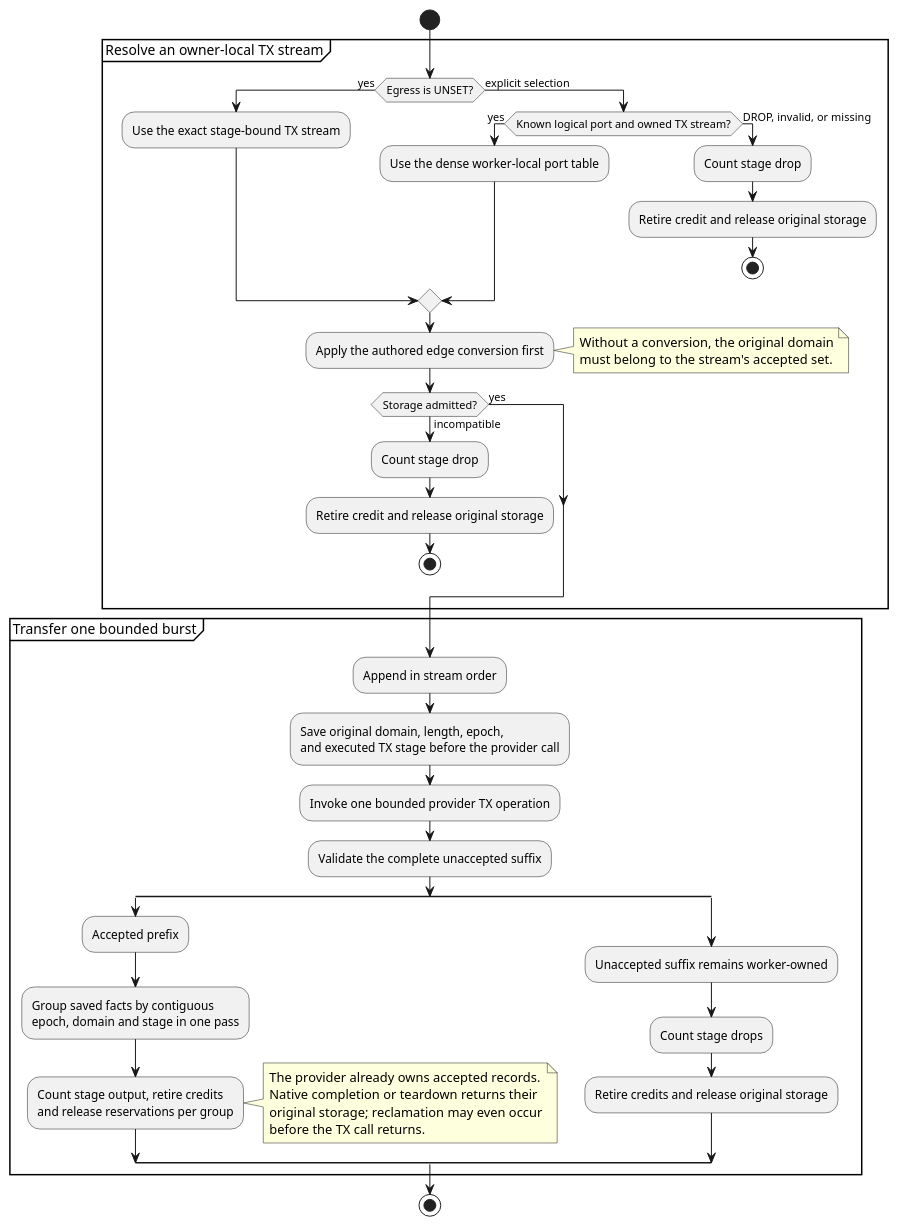
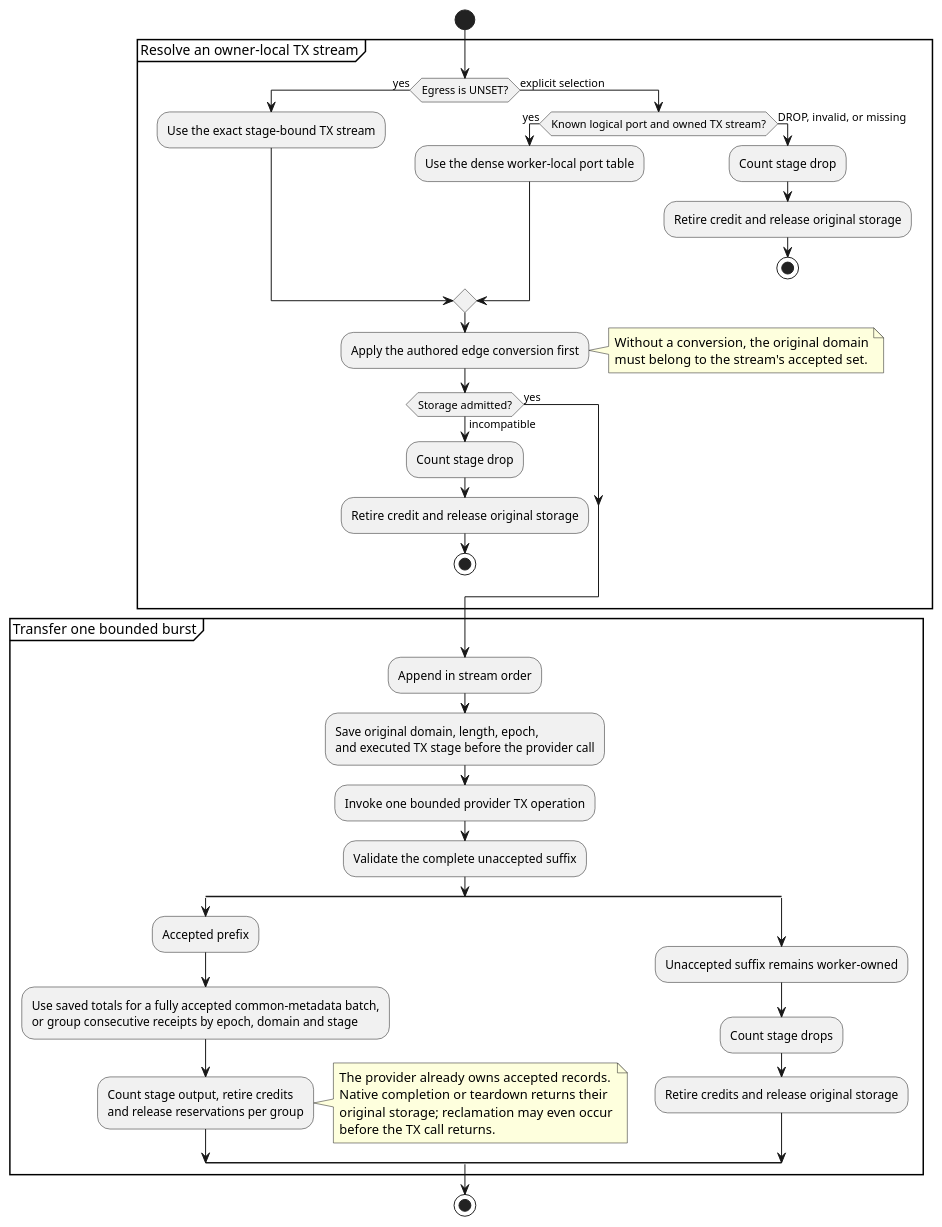
One commit to flemingpatel/kinetum changed diagram 28 of 30 in docs/diagrams/platform_architecture.md. Above: the diagram before and after it, drawn with PlantUML. The commit also changed other lines of this file and 48 other files, not shown here.

````diff
--- a/docs/diagrams/platform_architecture.md
+++ b/docs/diagrams/platform_architecture.md
@@ -2299,54 +2316,54 @@
 ```{uml}
 @startuml
 start
 partition "Resolve an owner-local TX stream" {
     if (Egress is UNSET?) then (yes)
         :Use the exact stage-bound TX stream;
     else (explicit selection)
         if (Known logical port and owned TX stream?) then (yes)
             :Use the dense worker-local port table;
         else (DROP, invalid, or missing)
             :Count stage drop;
             :Retire credit and release original storage;
             stop
         endif
     endif
     :Apply the authored edge conversion first;
     note right
       Without a conversion, the original domain
       must belong to the stream's accepted set.
     end note
     if (Storage admitted?) then (yes)
     else (incompatible)
         :Count stage drop;
         :Retire credit and release original storage;
         stop
     endif
 }
 partition "Transfer one bounded burst" {
     :Append in stream order;
     :Save original domain, length, epoch,
     and executed TX stage before the provider call;
     :Invoke one bounded provider TX operation;
     :Validate the complete unaccepted suffix;
     split
         :Accepted prefix;
-        :Group saved facts by contiguous
-        epoch, domain and stage in one pass;
+        :Use saved totals for a fully accepted common-metadata batch,
+        or group consecutive receipts by epoch, domain and stage;
         :Count stage output, retire credits
         and release reservations per group;
         note right
           The provider already owns accepted records.
           Native completion or teardown returns their
           original storage; reclamation may even occur
           before the TX call returns.
         end note
     split again
         :Unaccepted suffix remains worker-owned;
         :Count stage drops;
         :Retire credits and release original storage;
     end split
 }
 stop
 @enduml
 ```
````
